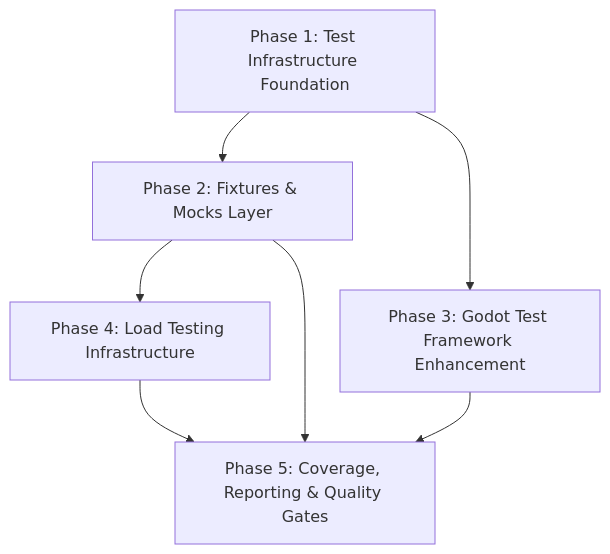
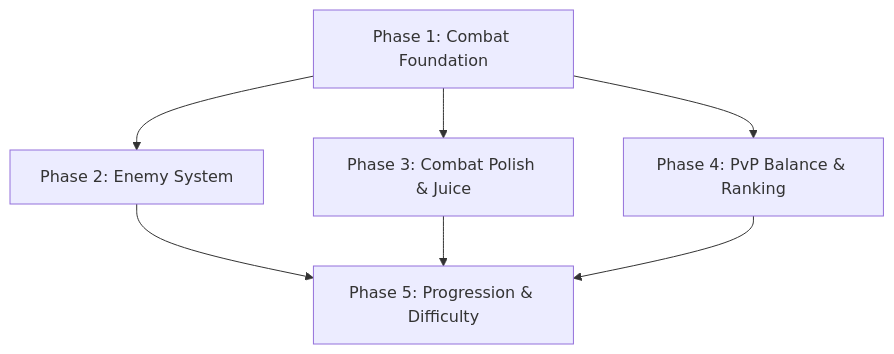
Before and after one commit to anchapin/armored-archer: the diagram in .planning/ROADMAP.md, drawn with Mermaid. The commit also changed other lines of this file and 398 other files, not shown here.

````diff
--- a/.planning/ROADMAP.md
+++ b/.planning/ROADMAP.md
@@ -294,9 +154,9 @@
 ```mermaid
 graph TD
-    A[Phase 1: Test Infrastructure Foundation] --> B[Phase 2: Fixtures & Mocks Layer]
-    A --> C[Phase 3: Godot Test Framework Enhancement]
-    B --> D[Phase 4: Load Testing Infrastructure]
-    B --> E[Phase 5: Coverage, Reporting & Quality Gates]
+    A[Phase 1: Combat Foundation] --> B[Phase 2: Enemy System]
+    A --> C[Phase 3: Combat Polish & Juice]
+    A --> D[Phase 4: PvP Balance & Ranking]
+    B --> E[Phase 5: Progression & Difficulty]
     C --> E
     D --> E
 ```
````
